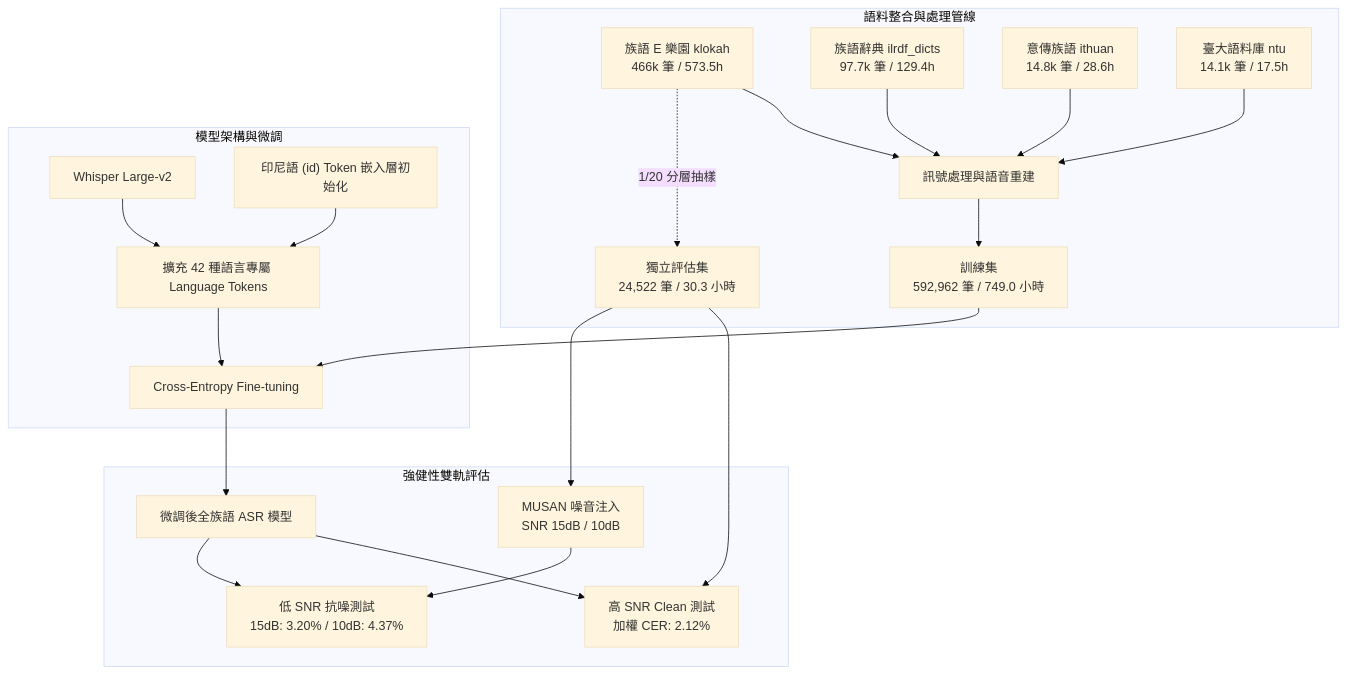
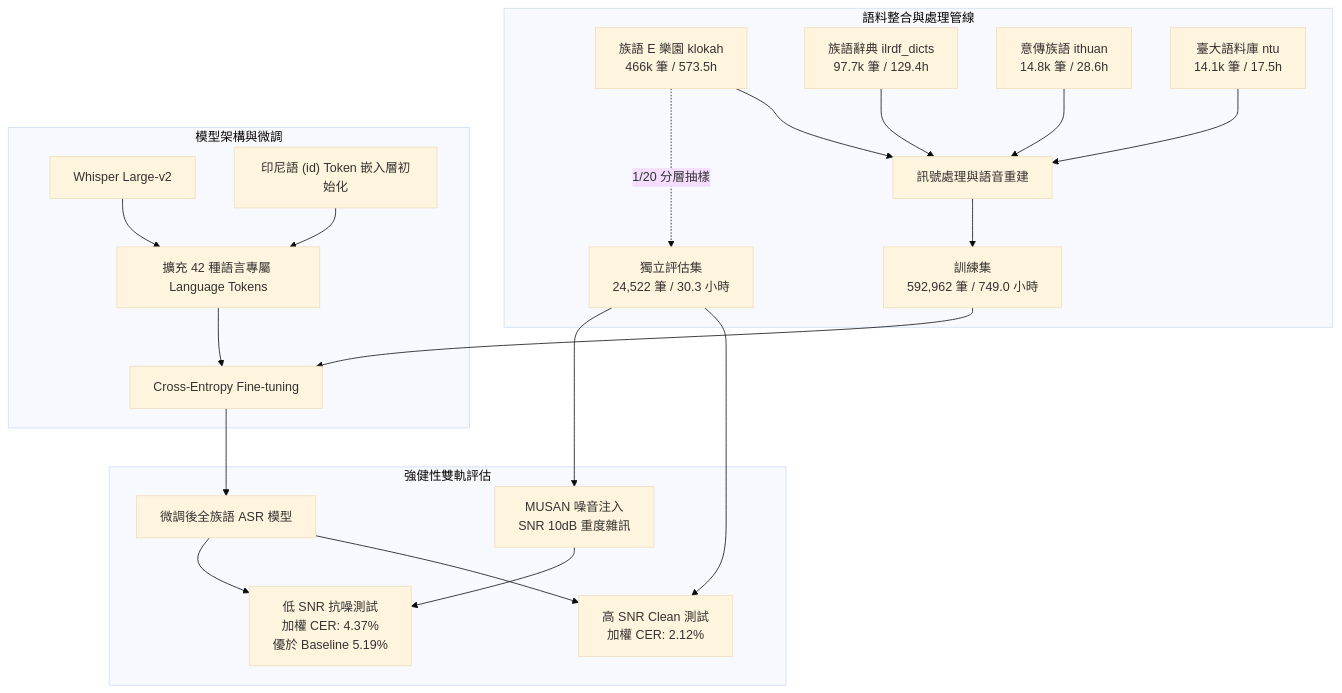
Before and after one commit to Voxmosa/Formosan-AI-Reports: the first of 2 diagrams in reports/2026-09-08/asr_technical_report.md, drawn with Mermaid (base theme). The commit also changed other lines of this file and 1 other file, not shown here.

Commit message:
docs(report): update low SNR evaluation to focus on SNR 10dB with baseline comparison and noisy speech characteristics

````diff
--- a/reports/2026-09-08/asr_technical_report.md
+++ b/reports/2026-09-08/asr_technical_report.md
@@ -27,27 +27,27 @@
 ```mermaid
 flowchart TD
     subgraph DataPipeline [語料整合與處理管線]
         D1[族語 E 樂園 klokah<br/>466k 筆 / 573.5h] --> P[訊號處理與語音重建]
         D2[族語辭典 ilrdf_dicts<br/>97.7k 筆 / 129.4h] --> P
         D3[意傳族語 ithuan<br/>14.8k 筆 / 28.6h] --> P
         D4[臺大語料庫 ntu<br/>14.1k 筆 / 17.5h] --> P
         P --> TrainSet[訓練集<br/>592,962 筆 / 749.0 小時]
         D1 -. 1/20 分層抽樣 .-> EvalSet[獨立評估集<br/>24,522 筆 / 30.3 小時]
     end
 
     subgraph ModelArchitecture [模型架構與微調]
         Base[Whisper Large-v2] --> AddTokens[擴充 42 種語言專屬 Language Tokens]
         Init["印尼語 (id) Token 嵌入層初始化"] --> AddTokens
         AddTokens --> Train[Cross-Entropy Fine-tuning]
         TrainSet --> Train
     end
 
     subgraph Evaluation [強健性雙軌評估]
         Train --> NewModel[微調後全族語 ASR 模型]
         EvalSet --> CleanEval[高 SNR Clean 測試<br/>加權 CER: 2.12%]
-        EvalSet --> NoiseInjection[MUSAN 噪音注入<br/>SNR 15dB / 10dB]
-        NoiseInjection --> NoisyEval[低 SNR 抗噪測試<br/>15dB: 3.20% / 10dB: 4.37%]
+        EvalSet --> NoiseInjection[MUSAN 噪音注入<br/>SNR 10dB 重度雜訊]
+        NoiseInjection --> NoisyEval[低 SNR 抗噪測試<br/>加權 CER: 4.37%<br/>優於 Baseline 5.19%]
         NewModel --> CleanEval
         NewModel --> NoisyEval
     end
 ```
````
